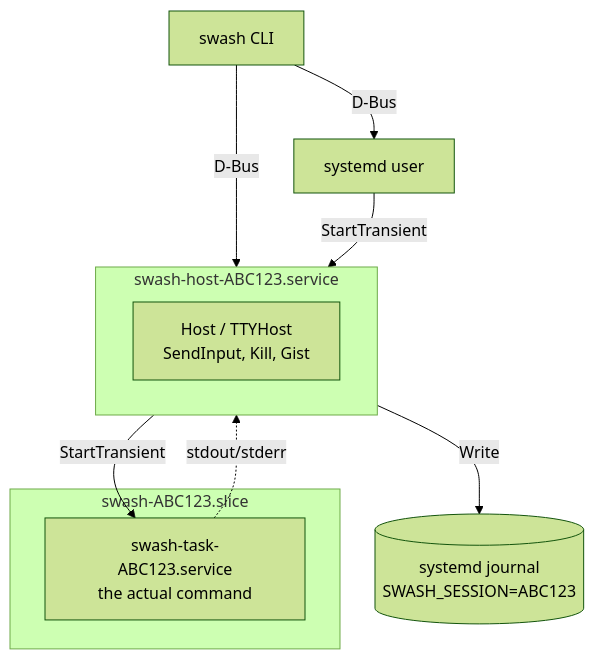
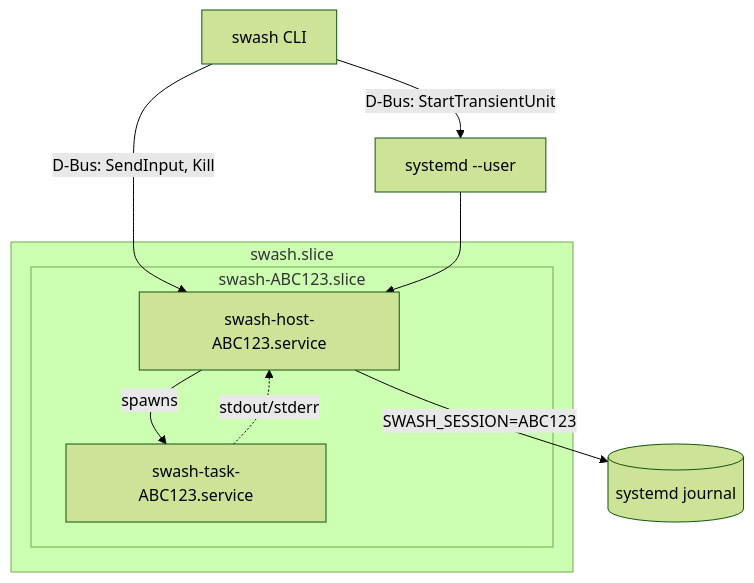
One commit to lessrest/swash changed the diagram in README.md. Above: the diagram before and after it, drawn with Mermaid (forest theme). The commit also changed other lines of this file, not shown here.

Commit message:
Update README for single-binary architecture
- Improve Mermaid diagram to show proper slice hierarchy:
  swash.slice → swash-<ID>.slice → host + task services
- Update posix backend to mention shared journal via swash minijournald
- Update Components section to reference swash minisystemd/minijournald
  subcommands instead of separate cmd/mini-systemd binary
- Fix journal file path for posix backend (now single shared file)

````diff
--- a/README.md
+++ b/README.md
@@ -24,21 +24,21 @@
 ```mermaid
 flowchart TD
     CLI[swash CLI]
+    SYSTEMD[systemd --user]
+    JOURNAL[(systemd journal)]
 
-    CLI -->|D-Bus| SYSTEMD[systemd user]
-    CLI -->|D-Bus| HOST
+    CLI -->|"D-Bus: StartTransientUnit"| SYSTEMD
+    CLI -->|"D-Bus: SendInput, Kill"| HOST
 
-    subgraph HOST[swash-host-ABC123.service]
-        HOSTINNER[Host / TTYHost<br/>SendInput, Kill, Gist]
+    subgraph SLICE[swash.slice]
+        subgraph SESSION[swash-ABC123.slice]
+            HOST[swash-host-ABC123.service]
+            TASK[swash-task-ABC123.service]
+        end
     end
 
-    SYSTEMD -->|StartTransient| HOST
-    HOST -->|StartTransient| TASK
-
-    subgraph SLICE[swash-ABC123.slice]
-        TASK[swash-task-ABC123.service<br/>the actual command]
-    end
-
-    HOST -->|Write| JOURNAL[(systemd journal<br/>SWASH_SESSION=ABC123)]
+    SYSTEMD --> HOST
+    HOST -->|spawns| TASK
     TASK -.->|stdout/stderr| HOST
+    HOST -->|"SWASH_SESSION=ABC123"| JOURNAL
 ```
````
